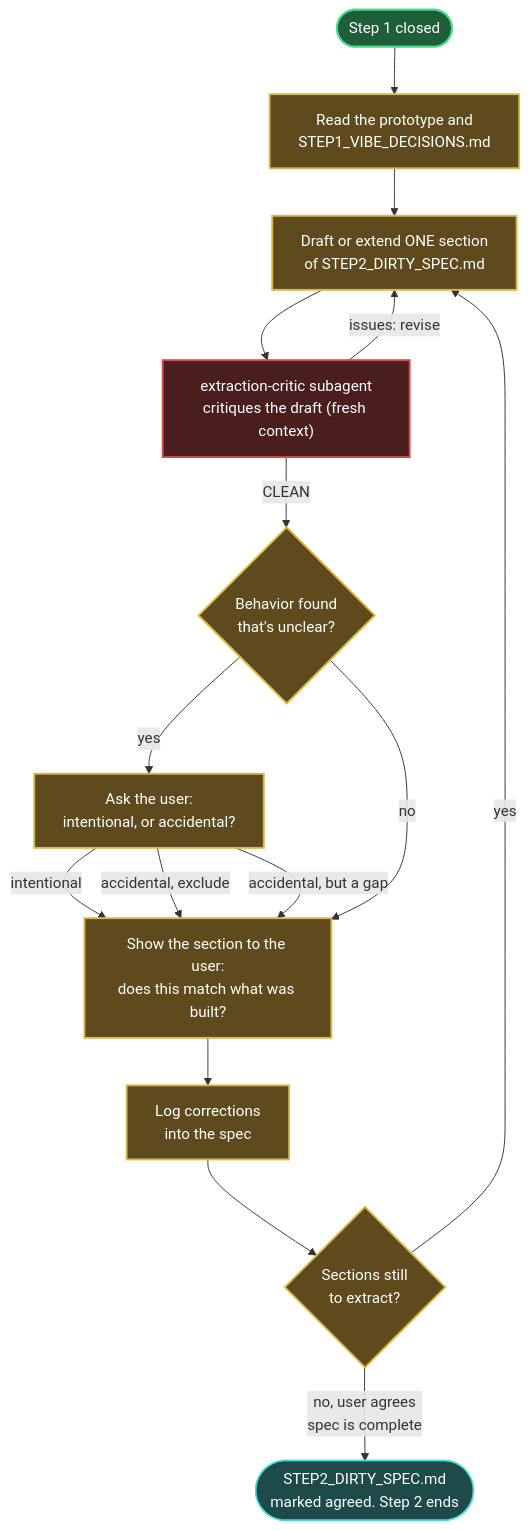
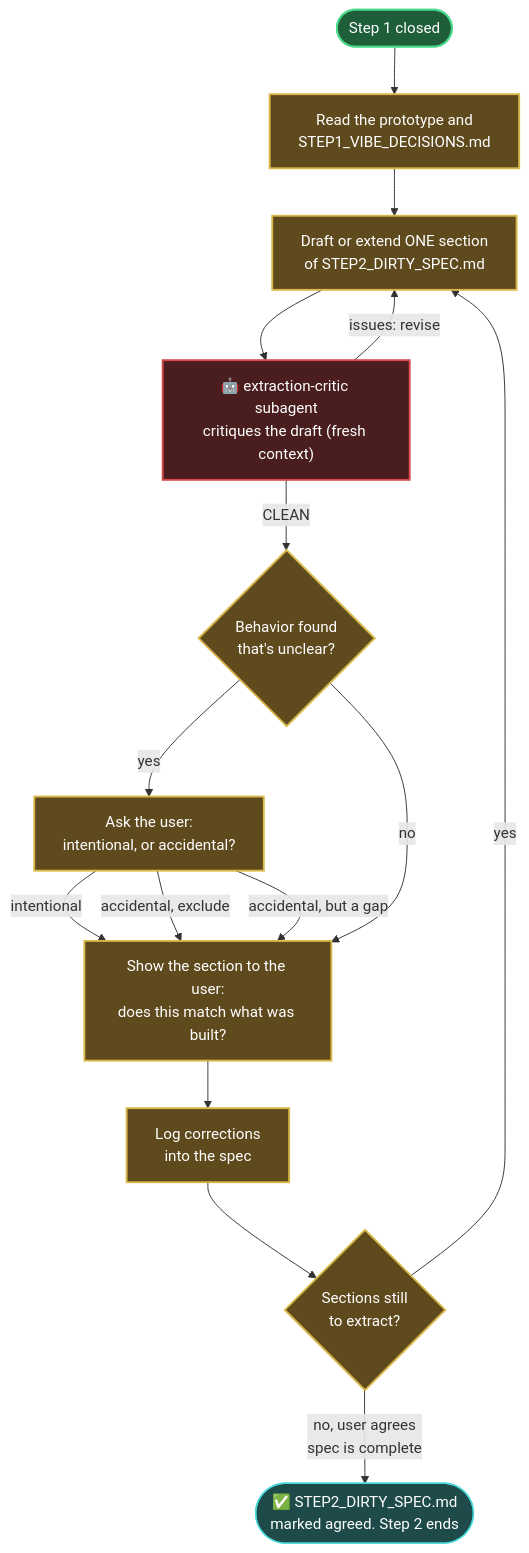
One commit to jeromeetienne/vibe_to_spec changed the diagram in steps/step_02_spec_extraction/README.md. Above: the diagram before and after it, drawn with Mermaid. The commit also changed 6 other files, not shown here.

First line of the commit message:
Apply global_workflow.md legend's symbols to all repo diagrams

````diff
--- a/steps/step_02_spec_extraction/README.md
+++ b/steps/step_02_spec_extraction/README.md
@@ -43,36 +43,36 @@
 ```mermaid
 flowchart TD
     Start(["Step 1 closed"]) --> Read["Read the prototype and
 STEP1_VIBE_DECISIONS.md"]
     Read --> Draft["Draft or extend ONE section
 of STEP2_DIRTY_SPEC.md"]
-    Draft --> Critique["extraction-critic subagent
+    Draft --> Critique["🤖 extraction-critic subagent
 critiques the draft (fresh context)"]
     Critique -->|"issues: revise"| Draft
     Critique -->|"CLEAN"| Unclear{"Behavior found
 that's unclear?"}
     Unclear -->|"yes"| AskUser["Ask the user:
 intentional, or accidental?"]
     AskUser -->|"intentional"| Review
     AskUser -->|"accidental, exclude"| Review
     AskUser -->|"accidental, but a gap"| Review
     Unclear -->|"no"| Review["Show the section to the user:
 does this match what was built?"]
     Review --> Log["Log corrections
 into the spec"]
     Log --> More{"Sections still
 to extract?"}
     More -->|"yes"| Draft
     More -->|"no, user agrees
-spec is complete"| Closed(["STEP2_DIRTY_SPEC.md
+spec is complete"| Closed(["✅ STEP2_DIRTY_SPEC.md
 marked agreed. Step 2 ends"])
 
     classDef loop fill:#5f4a1e,stroke:#d9b84a,stroke-width:2px,color:#fff;
     classDef rec fill:#1e4a4a,stroke:#4ad9d9,stroke-width:1.5px,color:#fff;
     classDef done fill:#1e5f3a,stroke:#4ad98a,stroke-width:2px,color:#fff;
     classDef critic fill:#4a1e1e,stroke:#d94a4a,stroke-width:2px,color:#fff;
     class Start done;
     class Read,Draft,Unclear,AskUser,Review,Log,More loop;
     class Critique critic;
     class Closed rec;
 ```
````
